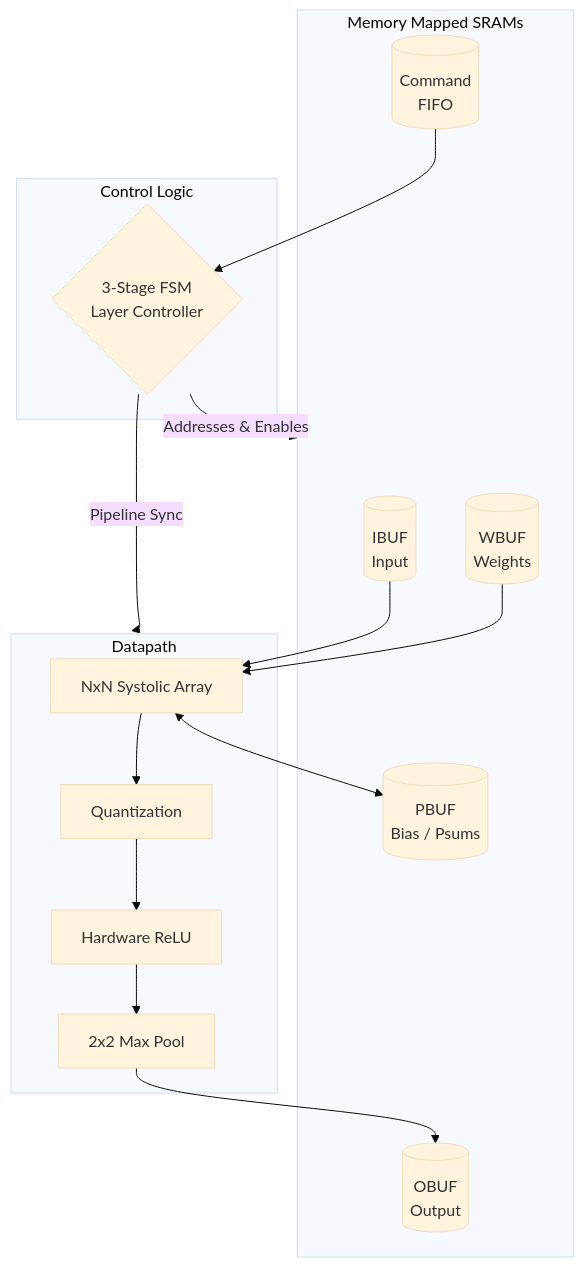
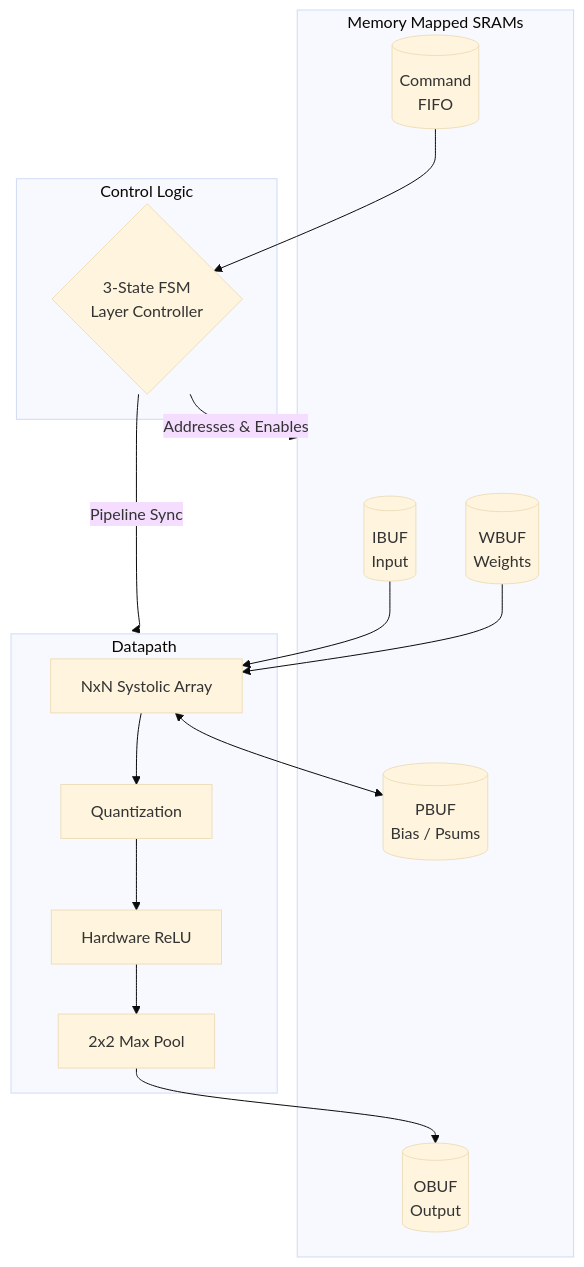
Before and after one commit to Maadeshwar/8x8_NPU: the diagram in README.md, drawn with Mermaid (base theme). The commit also changed other lines of this file, not shown here.

Commit message:
Docs: Correct terminology from '3-Stage' to '3-State' FSM

````diff
--- a/README.md
+++ b/README.md
@@ -18,28 +18,28 @@
 ```mermaid
 flowchart TD
     subgraph Memory [Memory Mapped SRAMs]
         IBUF[(IBUF<br>Input)]
         WBUF[(WBUF<br>Weights)]
         PBUF[(PBUF<br>Bias / Psums)]
         OBUF[(OBUF<br>Output)]
         CMD[(Command<br>FIFO)]
     end
 
     subgraph Control [Control Logic]
-        FSM{3-Stage FSM<br>Layer Controller}
+        FSM{3-State FSM<br>Layer Controller}
     end
 
     subgraph Compute [Datapath]
         SYS[NxN Systolic Array]
         RELU[Hardware ReLU]
         POOL[2x2 Max Pool]
         QUANT[Quantization]
     end
 
     CMD --> FSM
     IBUF & WBUF --> SYS
     FSM -->|Addresses & Enables| Memory
     FSM -->|Pipeline Sync| Compute
     SYS <--> PBUF
     SYS --> QUANT --> RELU --> POOL --> OBUF
 ```
````
